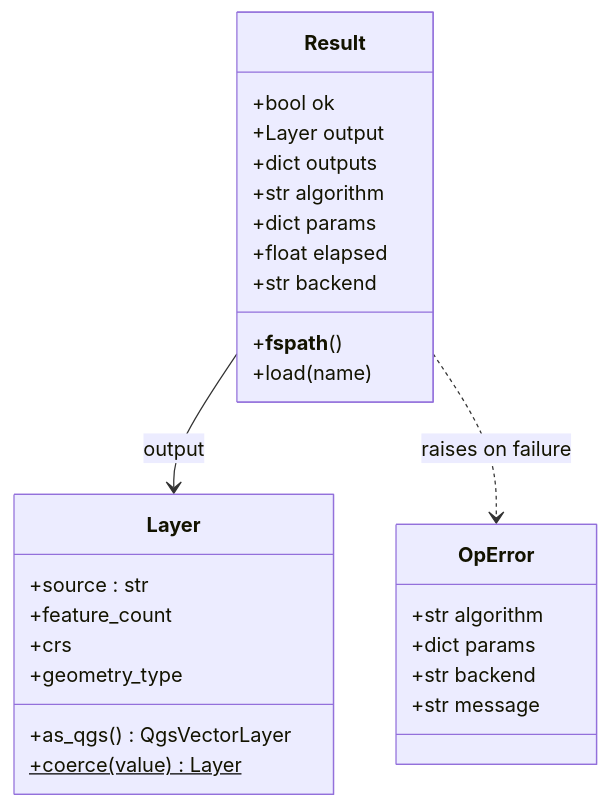
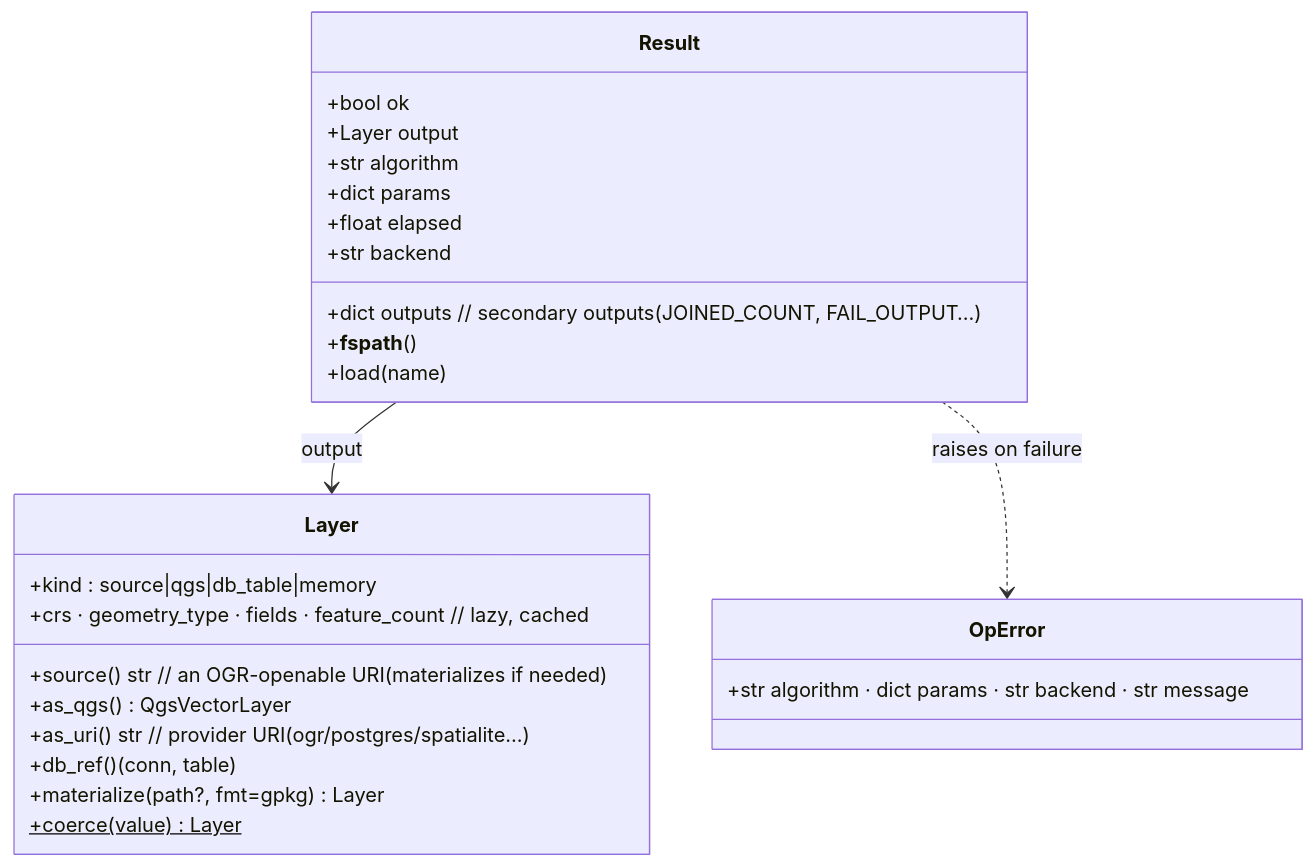
The fourth of 7 diagrams in planning/02-architecture.md (johnzastrow/niva), drawn with Mermaid before and after one commit. The commit also changed other lines of this file and 2 other files, not shown here.

````diff
--- a/planning/02-architecture.md
+++ b/planning/02-architecture.md
@@ -113,30 +117,29 @@
 ```mermaid
 classDiagram
     class Result {
       +bool ok
       +Layer output
-      +dict outputs
+      +dict outputs        // secondary outputs (JOINED_COUNT, FAIL_OUTPUT…)
       +str algorithm
       +dict params
       +float elapsed
       +str backend
       +__fspath__()
       +load(name)
     }
     class Layer {
-      +source : str
+      +kind : source|qgs|db_table|memory
+      +source() str          // an OGR-openable URI (materializes if needed)
       +as_qgs() QgsVectorLayer
-      +feature_count
-      +crs
-      +geometry_type
+      +as_uri() str          // provider URI (ogr/postgres/spatialite…)
+      +db_ref() (conn, table)
+      +crs · geometry_type · fields · feature_count   // lazy, cached
+      +materialize(path?, fmt=gpkg) Layer
       +coerce(value)$ Layer
     }
     class OpError {
-      +str algorithm
-      +dict params
-      +str backend
-      +str message
+      +str algorithm · dict params · str backend · str message
     }
     Result --> Layer : output
     Result ..> OpError : raises on failure
 ```
````
